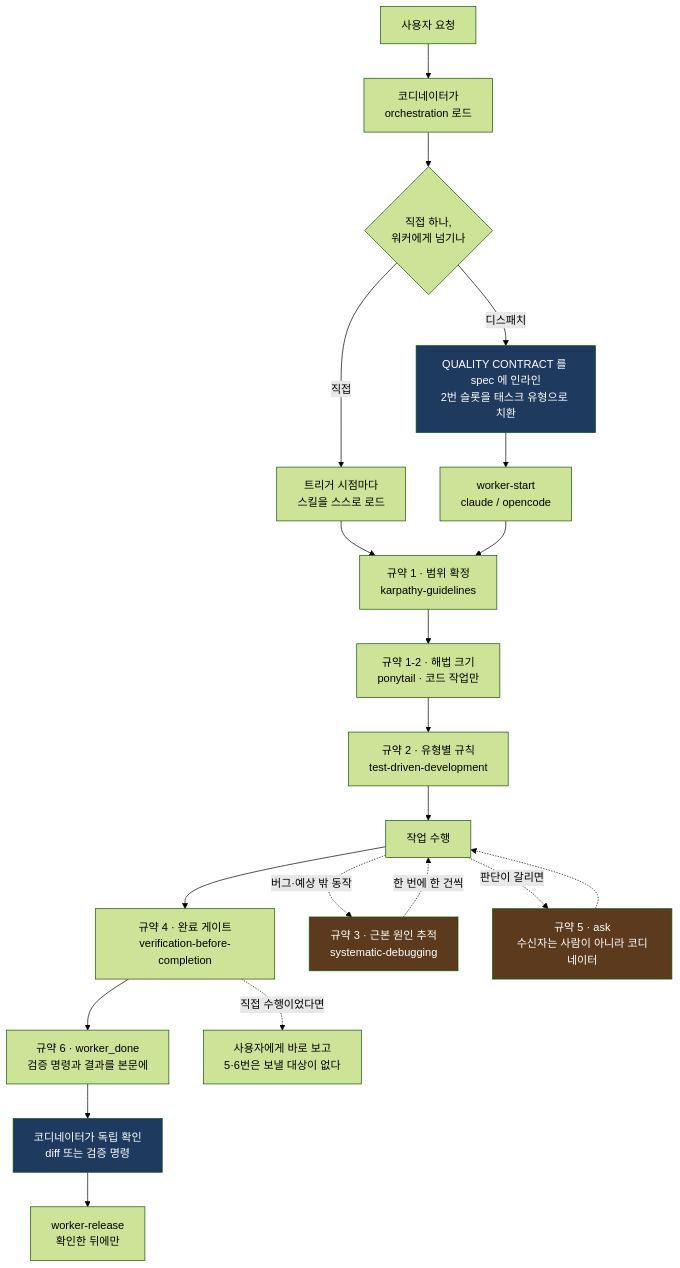
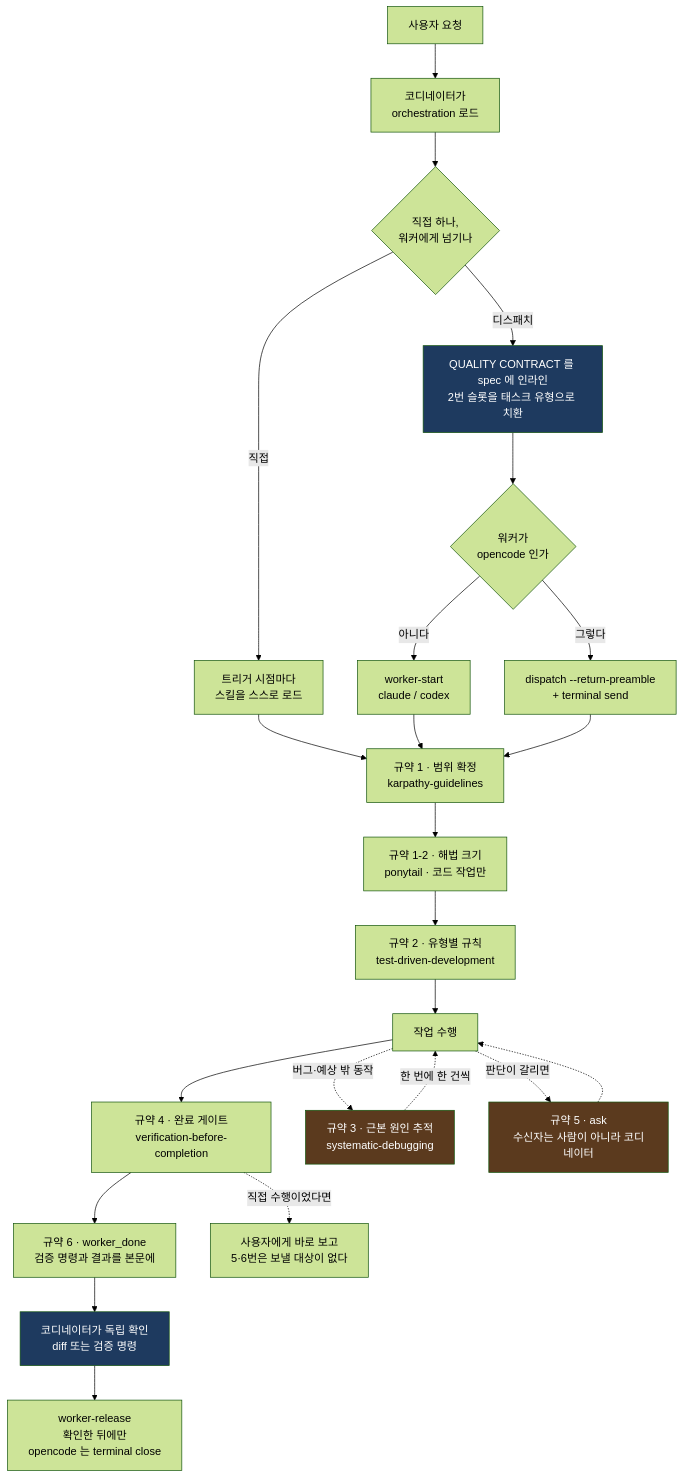
One commit to treeman99/skills changed the first of 2 diagrams in README.md. Above: the diagram before and after it, drawn with Mermaid (forest theme). The commit also changed other lines of this file and 2 other files, not shown here.

````diff
--- a/README.md
+++ b/README.md
@@ -215,32 +241,35 @@
 ```mermaid
 flowchart TD
     REQ["사용자 요청"] --> ORC["코디네이터가<br/>orchestration 로드"]
     ORC --> MODE{"직접 하나,<br/>워커에게 넘기나"}
 
     MODE -->|"직접"| SELF["트리거 시점마다<br/>스킬을 스스로 로드"]
     MODE -->|"디스패치"| SPEC["QUALITY CONTRACT 를 spec 에 인라인<br/>2번 슬롯을 태스크 유형으로 치환"]
-    SPEC --> WK["worker-start<br/>claude / opencode"]
+    SPEC --> AG{"워커가<br/>opencode 인가"}
+    AG -->|"아니다"| WK["worker-start<br/>claude / codex"]
+    AG -->|"그렇다"| WKO["dispatch --return-preamble<br/>+ terminal send"]
 
     SELF --> K["규약 1 · 범위 확정<br/>karpathy-guidelines"]
     WK --> K
+    WKO --> K
 
     K --> L["규약 1-2 · 해법 크기<br/>ponytail · 코드 작업만"]
     L --> T["규약 2 · 유형별 규칙<br/>test-driven-development"]
     T --> IMPL["작업 수행"]
     IMPL --> V["규약 4 · 완료 게이트<br/>verification-before-completion"]
 
     V --> DONE["규약 6 · worker_done<br/>검증 명령과 결과를 본문에"]
     DONE --> CONF["코디네이터가 독립 확인<br/>diff 또는 검증 명령"]
-    CONF --> REL["worker-release<br/>확인한 뒤에만"]
+    CONF --> REL["worker-release<br/>확인한 뒤에만<br/>opencode 는 terminal close"]
     V -.->|"직접 수행이었다면"| SREP["사용자에게 바로 보고<br/>5·6번은 보낼 대상이 없다"]
 
     IMPL -.->|"버그·예상 밖 동작"| S["규약 3 · 근본 원인 추적<br/>systematic-debugging"]
     S -.->|"한 번에 한 건씩"| IMPL
     IMPL -.->|"판단이 갈리면"| ASK["규약 5 · ask<br/>수신자는 사람이 아니라 코디네이터"]
     ASK -.-> IMPL
 
     style SPEC fill:#1e3a5f,color:#fff
     style CONF fill:#1e3a5f,color:#fff
     style S fill:#5b3a1e,color:#fff
     style ASK fill:#5b3a1e,color:#fff
 ```
````
